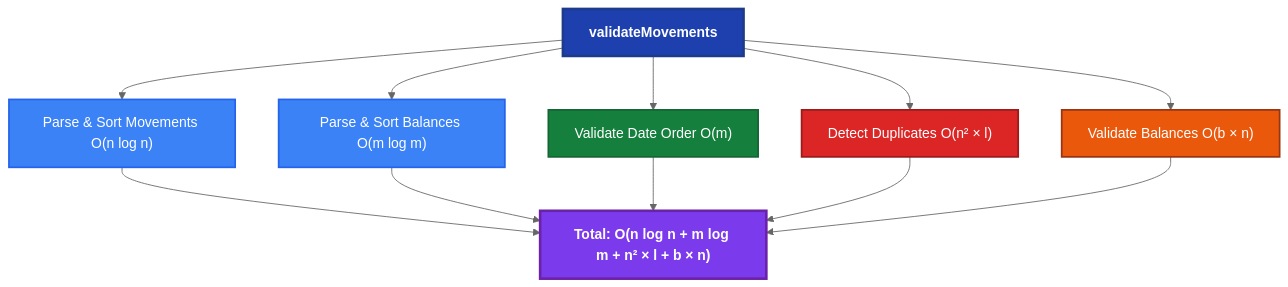
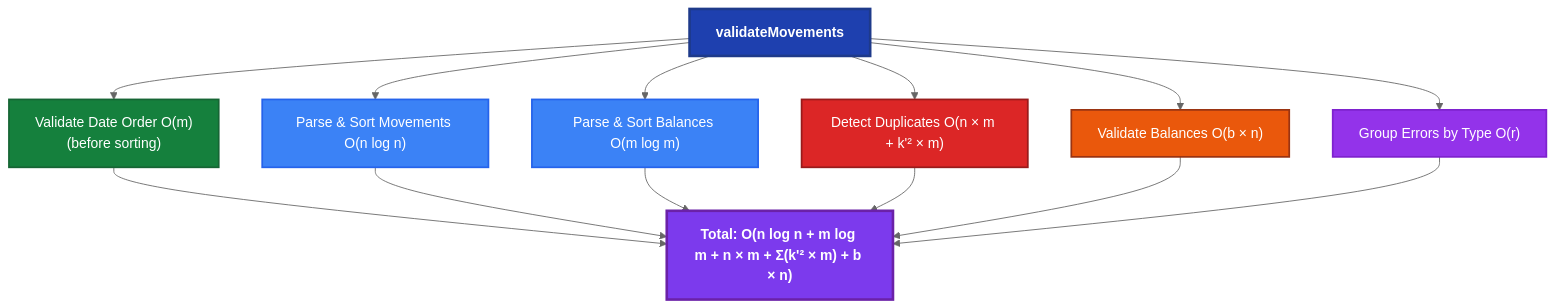
Diagram 11 of 12 in documentation/en/analysis.md (gobwah/dougs-test-app), drawn with Mermaid (neutral theme) before and after one commit. The commit also changed other lines of this file and 11 other files, not shown here.

````diff
--- a/documentation/en/analysis.md
+++ b/documentation/en/analysis.md
@@ -864,21 +885,24 @@
 ```mermaid
 graph TD
-    A[validateMovements]:::rootStyle --> B["Parse & Sort Movements O(n log n)"]:::parseStyle
+    A[validateMovements]:::rootStyle --> D["Validate Date Order O(m)<br/>(before sorting)"]:::validateStyle
+    A --> B["Parse & Sort Movements O(n log n)"]:::parseStyle
     A --> C["Parse & Sort Balances O(m log m)"]:::parseStyle
-    A --> D["Validate Date Order O(m)"]:::validateStyle
-    A --> E["Detect Duplicates O(n² × l)"]:::duplicateStyle
+    A --> E["Detect Duplicates O(n × m + k'² × m)"]:::duplicateStyle
     A --> F["Validate Balances O(b × n)"]:::balanceStyle
+    A --> H["Group Errors by Type O(r)"]:::groupStyle
 
-    B --> G["Total: O(n log n + m log m + n² × l + b × n)"]:::totalStyle
+    D --> G["Total: O(n log n + m log m + n × m + Σ(k'² × m) + b × n)"]:::totalStyle
+    B --> G
     C --> G
-    D --> G
     E --> G
     F --> G
+    H --> G
 
     classDef rootStyle fill:#1e40af,stroke:#1e3a8a,stroke-width:3px,color:#ffffff,font-weight:bold
     classDef parseStyle fill:#3b82f6,stroke:#2563eb,stroke-width:2px,color:#ffffff
     classDef validateStyle fill:#15803d,stroke:#166534,stroke-width:2px,color:#ffffff
     classDef duplicateStyle fill:#dc2626,stroke:#991b1b,stroke-width:2px,color:#ffffff
     classDef balanceStyle fill:#ea580c,stroke:#9a3412,stroke-width:2px,color:#ffffff
+    classDef groupStyle fill:#9333ea,stroke:#7e22ce,stroke-width:2px,color:#ffffff
     classDef totalStyle fill:#7c3aed,stroke:#6b21a8,stroke-width:3px,color:#ffffff,font-weight:bold
 ```
````
